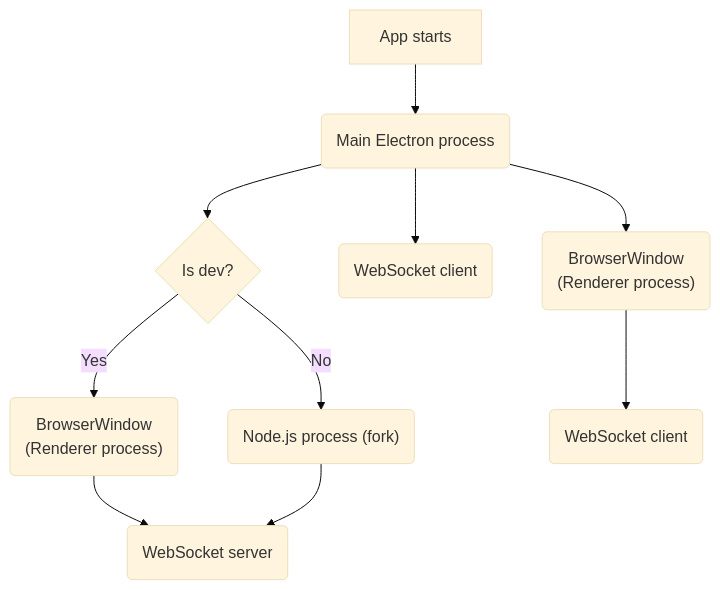
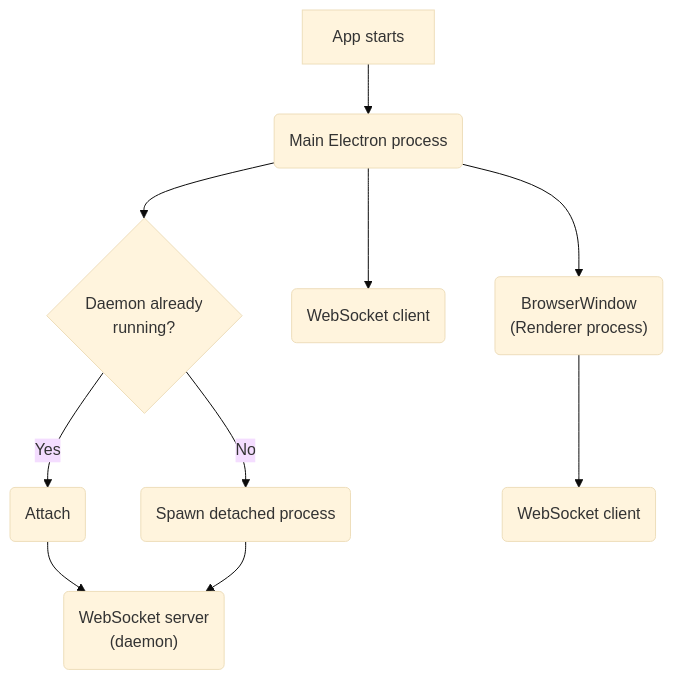
The first of 2 diagrams in docs/06-development/architecture.md (akiver/cs-demo-manager.com), drawn with Mermaid (base theme) before and after one commit. The commit also changed other lines of this file and 11 other files, not shown here.

Commit message:
feat: update architecture doc

````diff
--- a/docs/06-development/architecture.md
+++ b/docs/06-development/architecture.md
@@ -18,13 +31,13 @@
 ```mermaid
 flowchart TD
     Start["App starts"] --> Main
     Main("Main Electron process")
-    Main --> IsDev{Is dev?}
-    IsDev --> |Yes| DevWindow("BrowserWindow\n(Renderer process)")
-    DevWindow --> Server
-    IsDev --> |No| Process("Node.js process (fork)")
-    Process --> Server("WebSocket server")
+    Main --> IsRunning{"Daemon already\nrunning?"}
+    IsRunning --> |Yes| Attach("Attach")
+    IsRunning --> |No| Spawn("Spawn detached process")
+    Attach --> Server("WebSocket server\n(daemon)")
+    Spawn --> Server
     Main --> MainClient("WebSocket client")
     Main --> Window("BrowserWindow\n(Renderer process)")
     Window --> RendererClient("WebSocket client")
 ```
````
